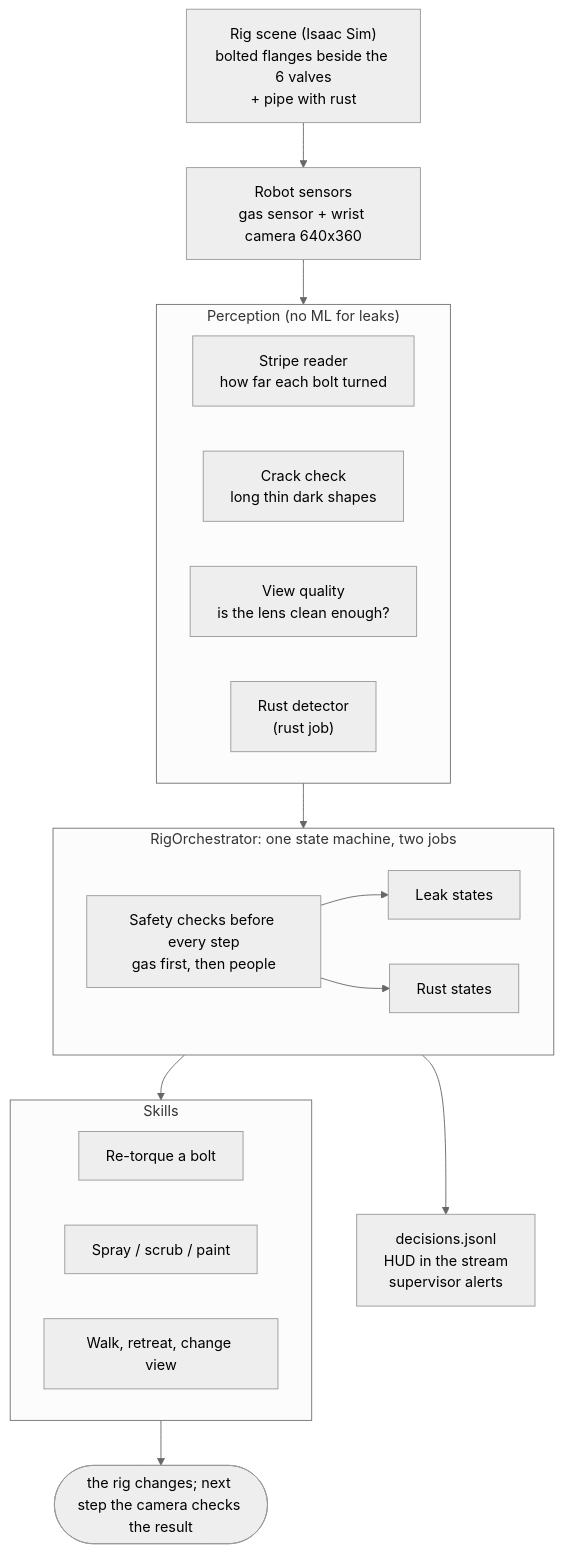
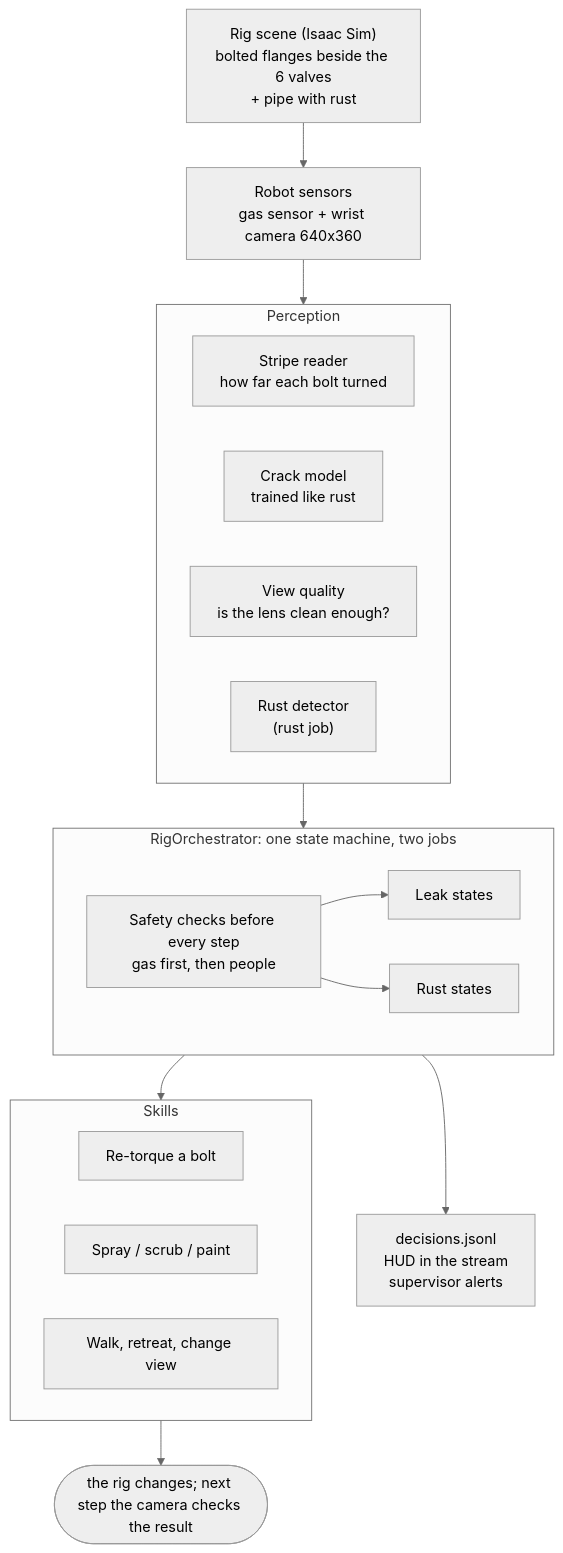
One commit to NeoChenn/spark-bef241b1-submission-repo changed the first of 10 diagrams in docs/leak-diagrams.md. Above: the diagram before and after it, drawn with Mermaid (neutral theme). The commit also changed other lines of this file and 12 other files, not shown here.

First line of the commit message:
Train the crack detector like the rust model and make it the robot's default

````diff
--- a/docs/leak-diagrams.md
+++ b/docs/leak-diagrams.md
@@ -30,35 +30,35 @@
 ```mermaid
 flowchart TB
     SENS["Robot sensors<br/>gas sensor + wrist camera 640x360"]
 
-    subgraph PER["Perception (no ML for leaks)"]
+    subgraph PER["Perception"]
         direction LR
         STRIPE["Stripe reader<br/>how far each bolt turned"]
-        CRACK["Crack check<br/>long thin dark shapes"]
+        CRACK["Crack model<br/>trained like rust"]
         Q["View quality<br/>is the lens clean enough?"]
         RUST["Rust detector<br/>(rust job)"]
     end
 
     subgraph BRAIN["RigOrchestrator: one state machine, two jobs"]
         direction LR
         SAFE["Safety checks before every step<br/>gas first, then people"]
         LEAK["Leak states"]
         RJOB["Rust states"]
         SAFE --> LEAK
         SAFE --> RJOB
     end
 
     subgraph ACT["Skills"]
         direction LR
         TQ["Re-torque a bolt"]
         RS["Spray / scrub / paint"]
         MOVE["Walk, retreat, change view"]
     end
 
     WORLD["Rig scene (Isaac Sim)<br/>bolted flanges beside the 6 valves<br/>+ pipe with rust"]
     OUT["decisions.jsonl<br/>HUD in the stream<br/>supervisor alerts"]
 
     WORLD --> SENS --> PER --> BRAIN --> ACT
     BRAIN --> OUT
     ACT --> LOOP(["the rig changes; next step the camera checks the result"])
 ```
````
